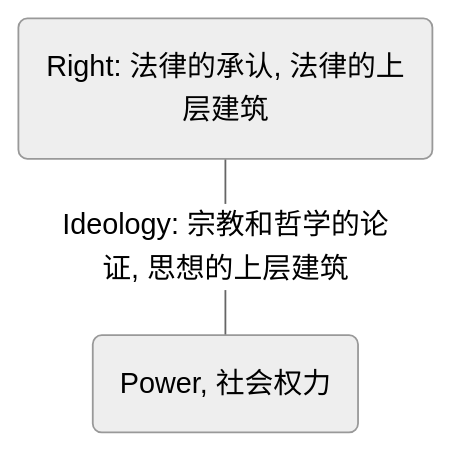
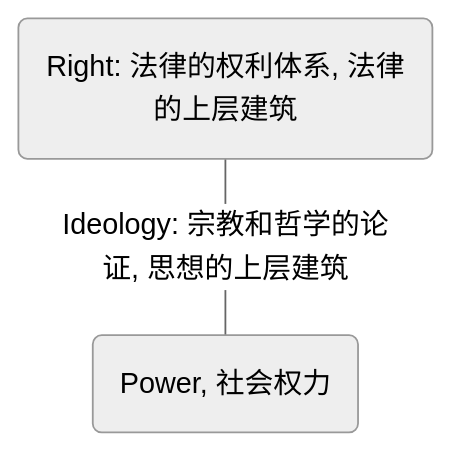
Before and after one commit to yindaheng98/My-docs: the diagram in 学习笔记/Revolution/马哲学习笔记.md, drawn with Mermaid (neutral theme). The commit also changed 3 other files, not shown here.

````diff
--- a/学习笔记/Revolution/马哲学习笔记.md
+++ b/学习笔记/Revolution/马哲学习笔记.md
@@ -15,4 +15,4 @@
 ```mermaid
 graph TD
-A(Right: 法律的承认, 法律的上层建筑) ---|Ideology: 宗教和哲学的论证, 思想的上层建筑| C(Power, 社会权力)
+A(Right: 法律的权利体系, 法律的上层建筑) ---|Ideology: 宗教和哲学的论证, 思想的上层建筑| C(Power, 社会权力)
 ```
````
